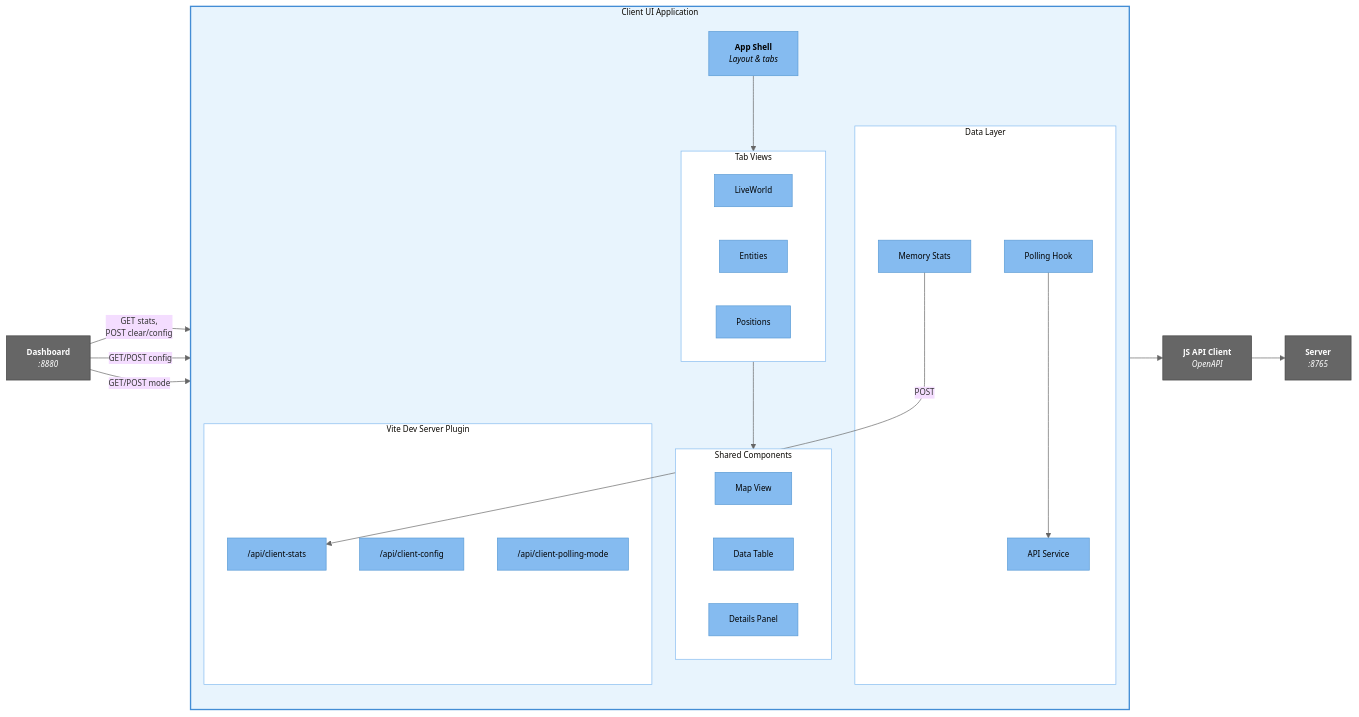
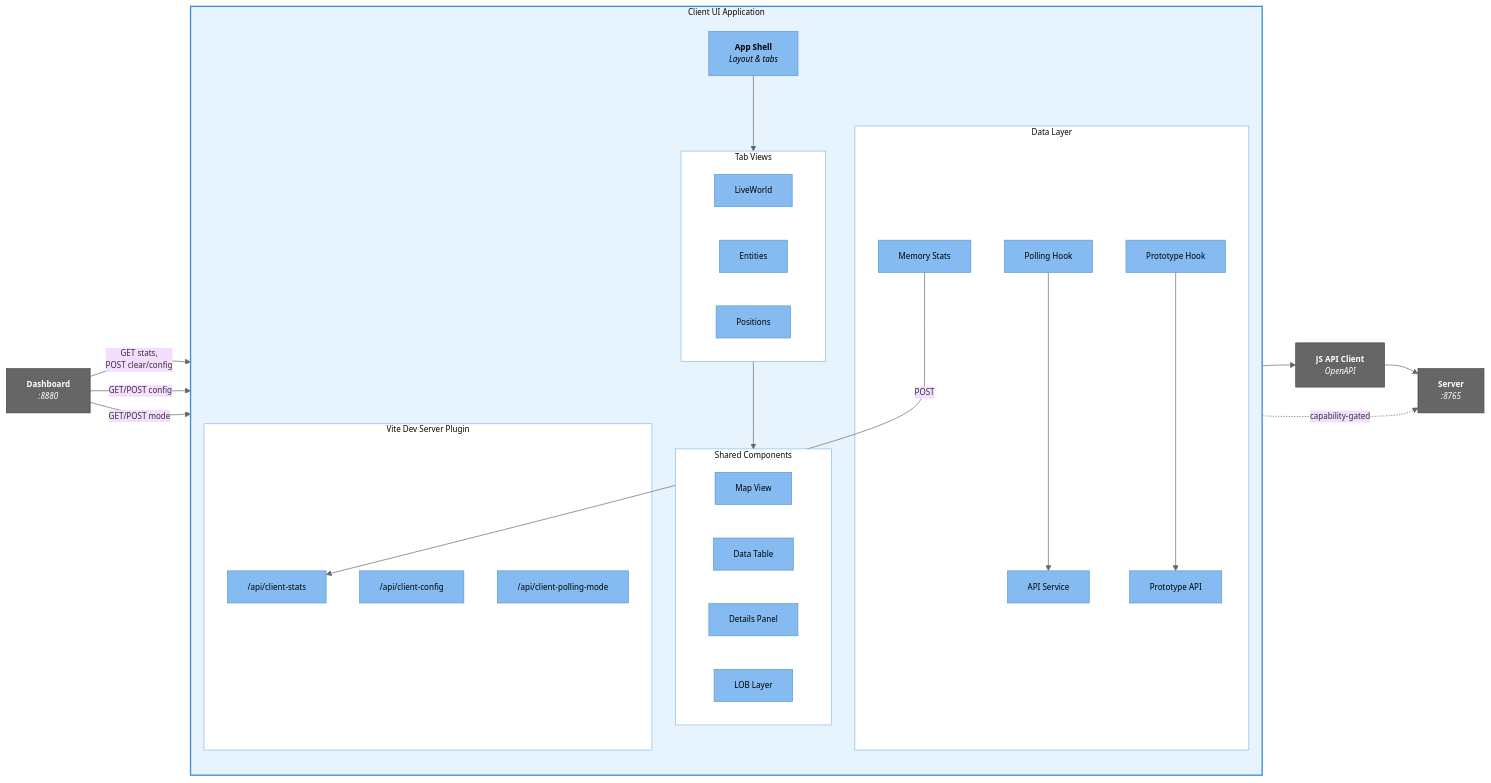
One commit to ericpauls/disco_workspace changed the fourth of 6 diagrams in docs/c4-architecture-diagram.md. Above: the diagram before and after it, drawn with Mermaid. The commit also changed other lines of this file and 4 other files, not shown here.

First line of the commit message:
feat: Observation context prototype — AOA/LOB across all components

````diff
--- a/docs/c4-architecture-diagram.md
+++ b/docs/c4-architecture-diagram.md
@@ -156,58 +167,64 @@
 ```mermaid
 %%{init: {'theme': 'base', 'themeVariables': { 'lineColor': '#666', 'fontSize': '12px'}}}%%
 flowchart LR
     subgraph client["Client UI Application"]
         direction TB
         shell["<b>App Shell</b><br/><i>Layout & tabs</i>"]
 
         subgraph tabs["Tab Views"]
             lw_tab["LiveWorld"]
             ent_tab["Entities"]
             pos_tab["Positions"]
         end
 
         subgraph views["Shared Components"]
             map["Map View"]
             table["Data Table"]
             details["Details Panel"]
+            lob_layer["LOB Layer"]
         end
 
         subgraph data["Data Layer"]
             polling["Polling Hook"]
             api_svc["API Service"]
             mem_stats["Memory Stats"]
+            proto_hook["Prototype Hook"]
+            proto_api["Prototype API"]
         end
 
         subgraph vite_plugin["Vite Dev Server Plugin"]
             stats_api["/api/client-stats"]
             config_api["/api/client-config"]
             polling_api["/api/client-polling-mode"]
         end
 
         shell --> tabs
         tabs --> views
         polling --> api_svc
+        proto_hook --> proto_api
         mem_stats -->|POST| stats_api
     end
 
     js_client["<b>JS API Client</b><br/><i>OpenAPI</i>"]
     server["<b>Server</b><br/><i>:8765</i>"]
     dashboard["<b>Dashboard</b><br/><i>:8880</i>"]
 
     api_svc --> js_client
     js_client --> server
+    proto_api -.->|capability-gated| server
     dashboard -->|GET stats,<br/>POST clear/config| stats_api
     dashboard -->|GET/POST config| config_api
     dashboard -->|GET/POST mode| polling_api
 
     classDef comp fill:#85BBF0,stroke:#5A9BD5,color:#000
     classDef cbox fill:#E8F4FD,stroke:#438DD5,stroke-width:2px
     classDef ext fill:#666,stroke:#444,color:#fff
     classDef inner fill:#fff,stroke:#85BBF0,stroke-width:1px
 
     class shell,lw_tab,ent_tab,pos_tab,map,table,details,polling,api_svc,mem_stats comp
+    class lob_layer,proto_hook,proto_api comp
     class stats_api,config_api,polling_api comp
     class client cbox
     class js_client,server,dashboard ext
     class tabs,views,data,vite_plugin inner
 ```
````
